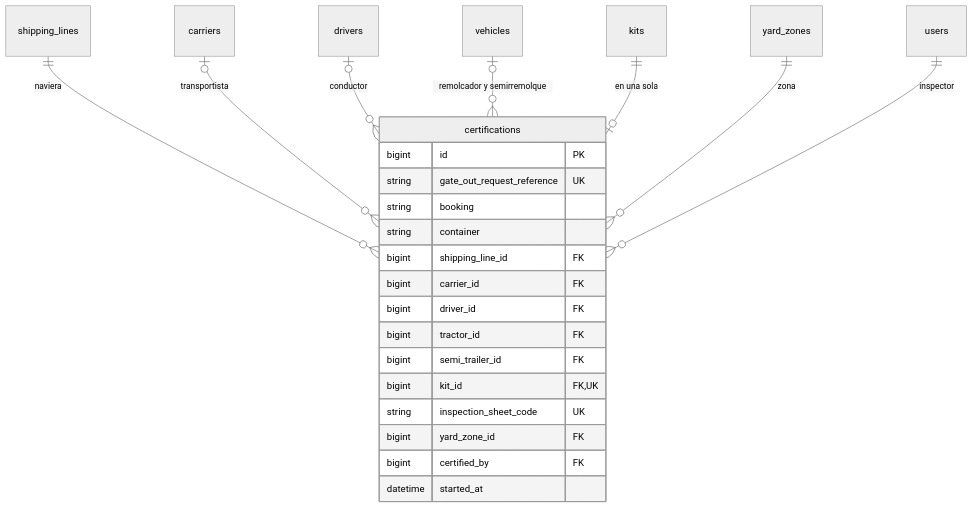
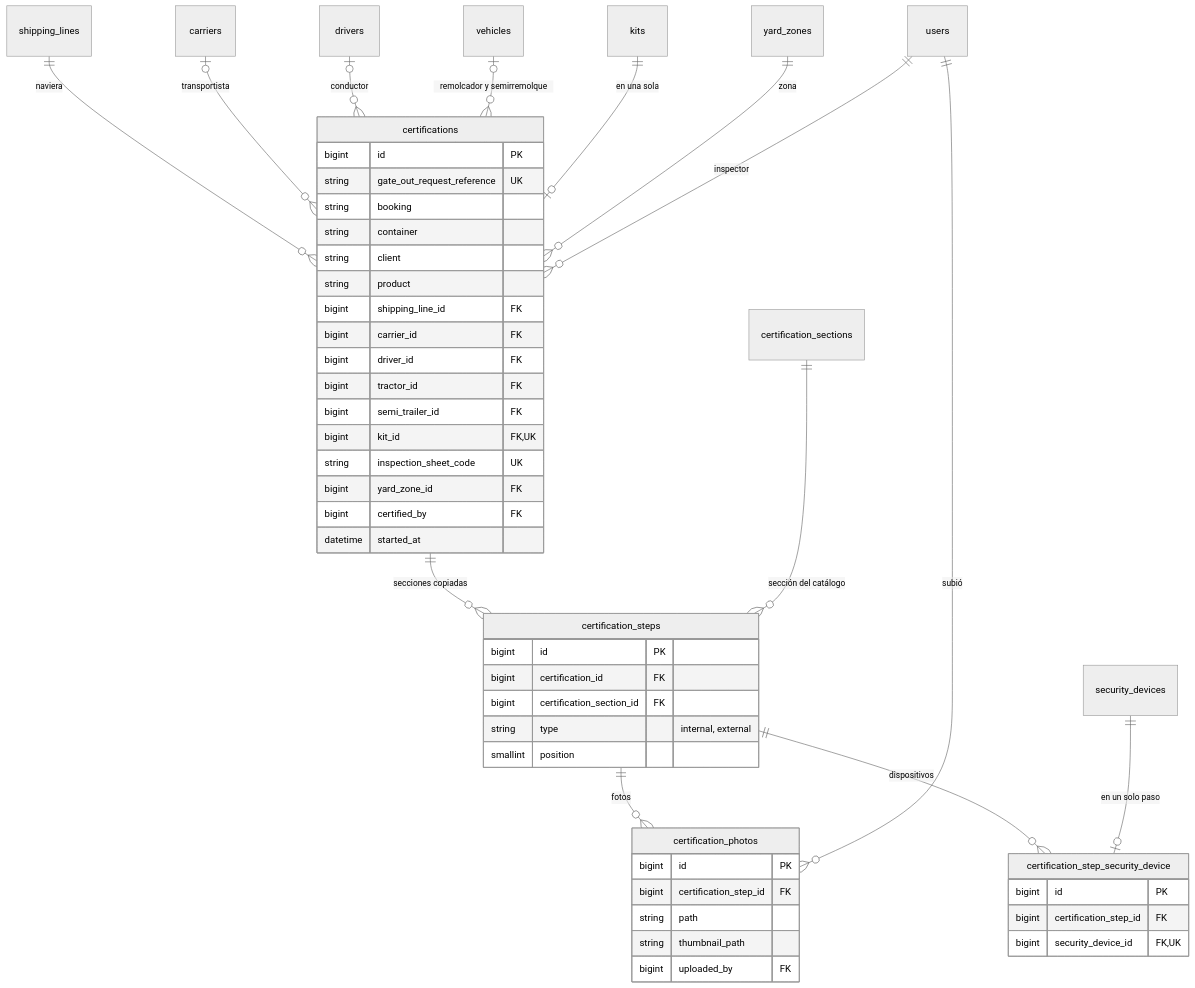
Diagram 12 of 12 in docs/database.md (Cerati1998/SIGLA-TOS), drawn with Mermaid (neutral theme) before and after one commit. The commit also changed other lines of this file and 11 other files, not shown here.

Commit message:
feat(H18): pasos, dispositivos y fotos de la certificación en la base

````diff
--- a/docs/database.md
+++ b/docs/database.md
@@ -453,27 +456,54 @@
 ```mermaid
 erDiagram
+  certifications ||--o{ certification_steps : "secciones copiadas"
+  certification_sections ||--o{ certification_steps : "sección del catálogo"
+  certification_steps ||--o{ certification_step_security_device : "dispositivos"
+  security_devices ||--o| certification_step_security_device : "en un solo paso"
+  certification_steps ||--o{ certification_photos : "fotos"
+  users ||--o{ certification_photos : "subió"
   shipping_lines ||--o{ certifications : "naviera"
   carriers |o--o{ certifications : "transportista"
   drivers |o--o{ certifications : "conductor"
   vehicles |o--o{ certifications : "remolcador y semirremolque"
   kits ||--o| certifications : "en una sola"
   yard_zones ||--o{ certifications : "zona"
   users ||--o{ certifications : "inspector"
 
   certifications {
     bigint id PK
     string gate_out_request_reference UK
     string booking
     string container
+    string client
+    string product
     bigint shipping_line_id FK
     bigint carrier_id FK
     bigint driver_id FK
     bigint tractor_id FK
     bigint semi_trailer_id FK
     bigint kit_id FK, UK
     string inspection_sheet_code UK
     bigint yard_zone_id FK
     bigint certified_by FK
     datetime started_at
   }
+  certification_steps {
+    bigint id PK
+    bigint certification_id FK
+    bigint certification_section_id FK
+    string type "internal, external"
+    smallint position
+  }
+  certification_step_security_device {
+    bigint id PK
+    bigint certification_step_id FK
+    bigint security_device_id FK, UK
+  }
+  certification_photos {
+    bigint id PK
+    bigint certification_step_id FK
+    string path
+    string thumbnail_path
+    bigint uploaded_by FK
+  }
 ```
````
